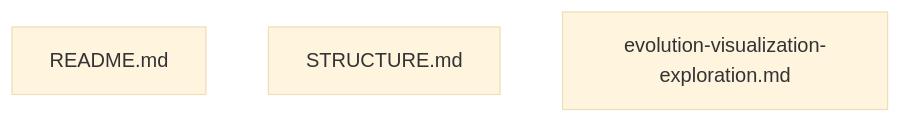
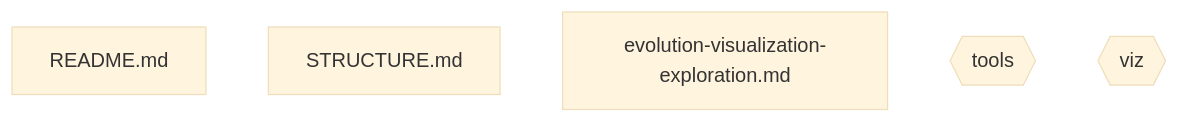
Before and after one commit to andyluss/LiveRefu: the diagram in lab/formal-system/concerns/visual-fallback/evolution-history/STRUCTURE.md, drawn with Mermaid (base theme). The commit also changed other lines of this file and 10 other files, not shown here.

````diff
--- a/lab/formal-system/concerns/visual-fallback/evolution-history/STRUCTURE.md
+++ b/lab/formal-system/concerns/visual-fallback/evolution-history/STRUCTURE.md
@@ -26,6 +30,8 @@
 ```mermaid
 graph TD
     N0[README.md]
     N1[STRUCTURE.md]
     N2[evolution-visualization-exploration.md]
+    N3{{tools}}
+    N4{{viz}}
 ```
````
